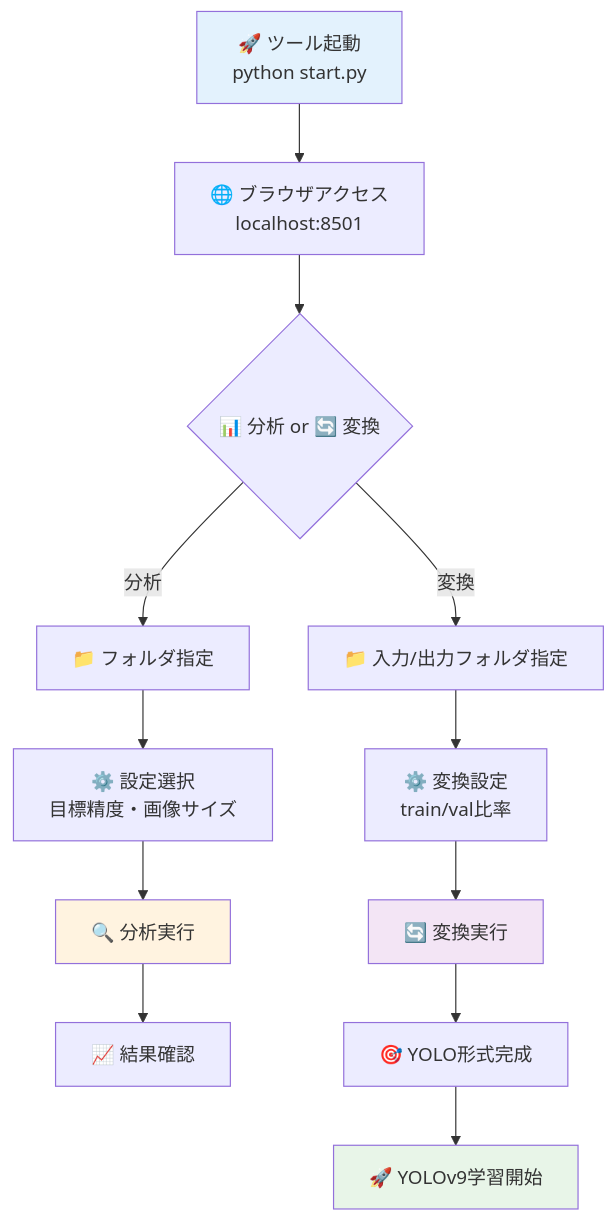
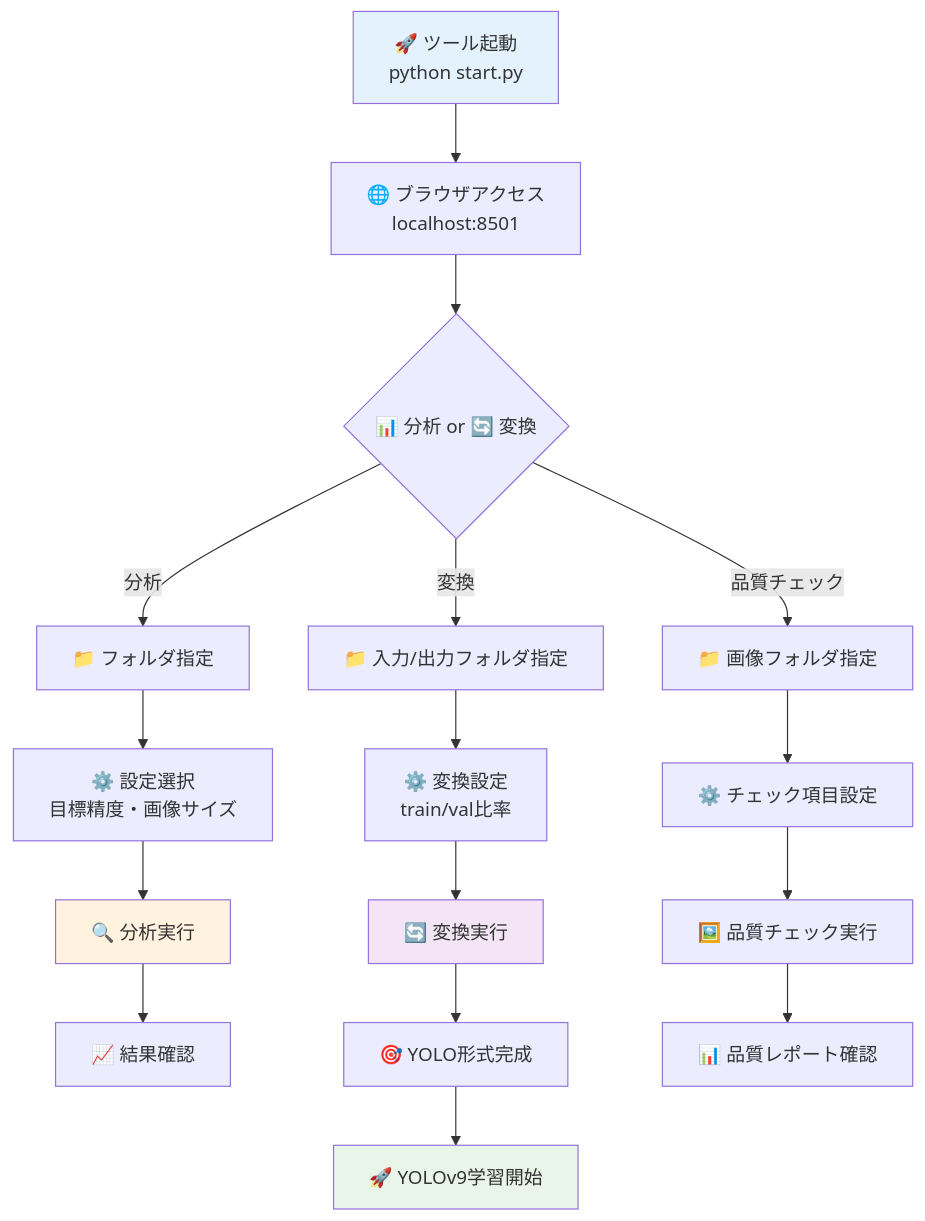
One commit to j14078/yolo-dataset-analyzer changed the second of 3 diagrams in README.md. Above: the diagram before and after it, drawn with Mermaid. The commit also changed other lines of this file and 4 other files, not shown here.

````diff
--- a/README.md
+++ b/README.md
@@ -61,21 +62,26 @@
 ```mermaid
 flowchart TD
     A[🚀 ツール起動<br/>python start.py] --> B[🌐 ブラウザアクセス<br/>localhost:8501]
     B --> C{📊 分析 or 🔄 変換}
     
     C -->|分析| D[📁 フォルダ指定]
     D --> E[⚙️ 設定選択<br/>目標精度・画像サイズ]
     E --> F[🔍 分析実行]
     F --> G[📈 結果確認]
     
     C -->|変換| H[📁 入力/出力フォルダ指定]
     H --> I[⚙️ 変換設定<br/>train/val比率]
     I --> J[🔄 変換実行]
     J --> K[🎯 YOLO形式完成]
     K --> L[🚀 YOLOv9学習開始]
     
+    C -->|品質チェック| M[📁 画像フォルダ指定]
+    M --> N[⚙️ チェック項目設定]
+    N --> O[🖼️ 品質チェック実行]
+    O --> P[📊 品質レポート確認]
+    
     style A fill:#e3f2fd
     style F fill:#fff3e0
     style J fill:#f3e5f5
     style L fill:#e8f5e8
 ```
````
